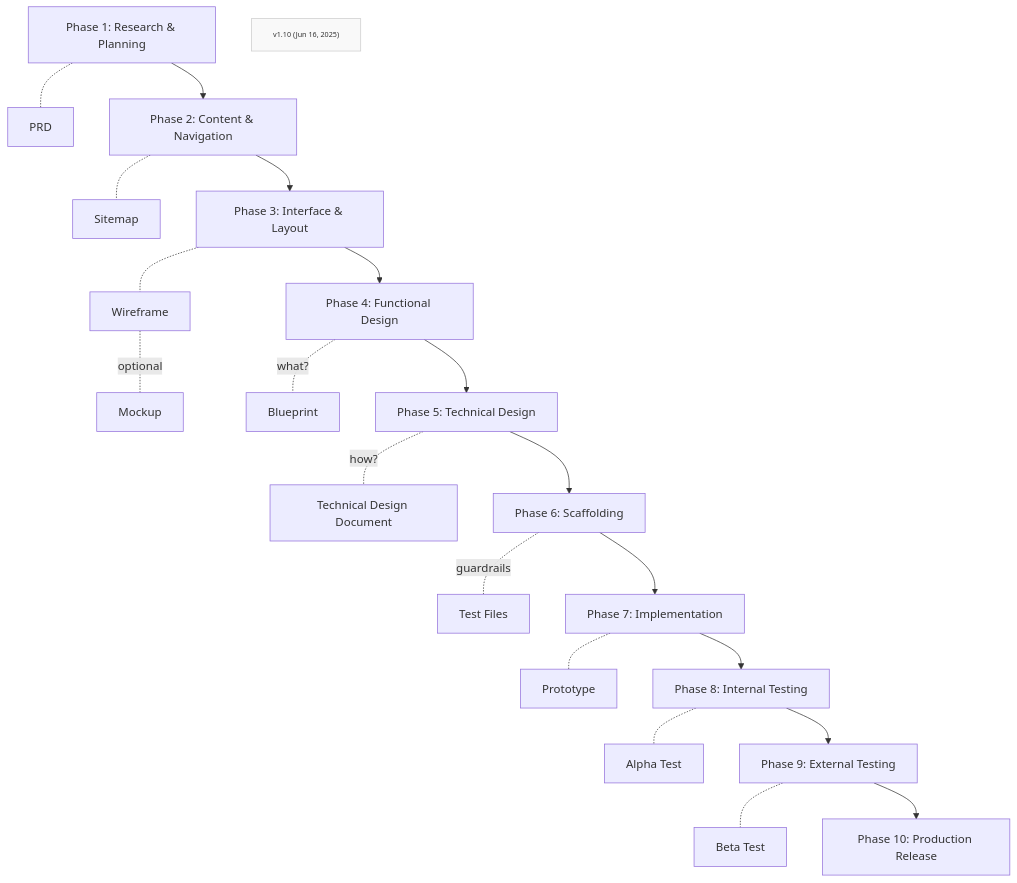
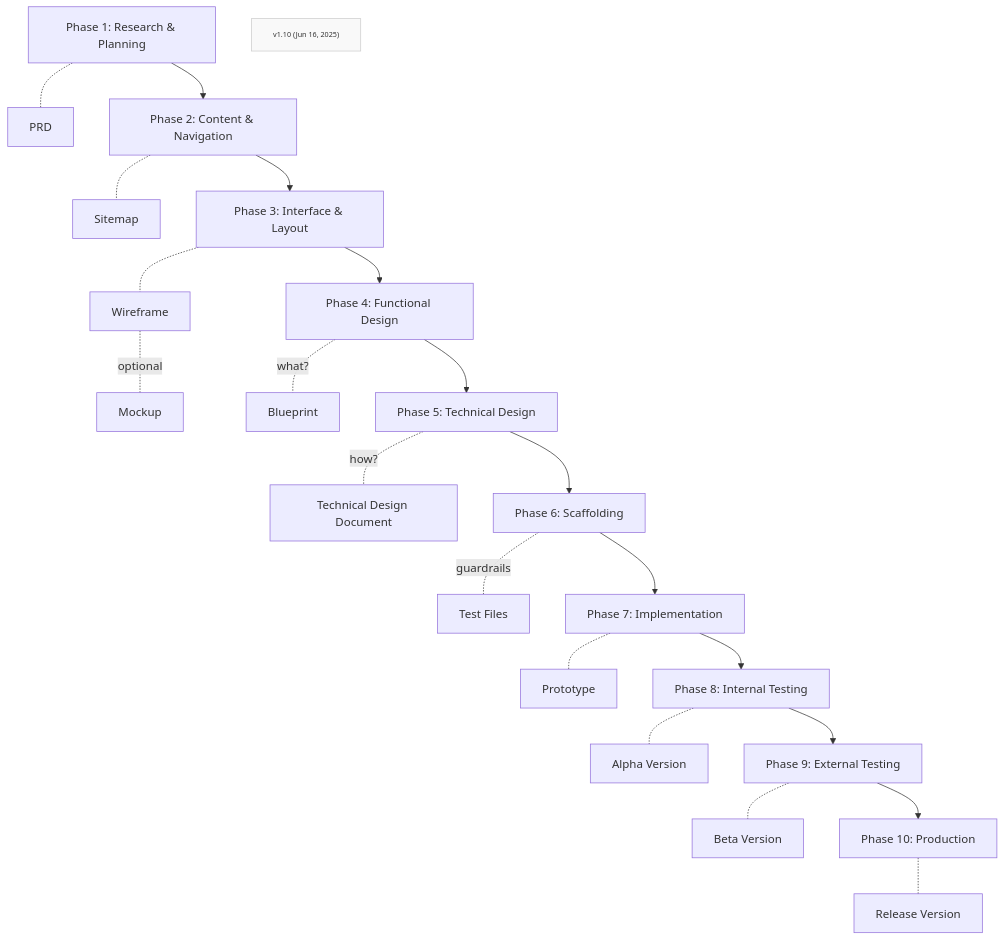
Before and after one commit to Mharbulous/Front-First-Method: the first of 2 diagrams in Phases/FF-overview.md, drawn with Mermaid.

````diff
--- a/Phases/FF-overview.md
+++ b/Phases/FF-overview.md
@@ -1,26 +1,27 @@
 ```mermaid
 graph TD
     Phase1["Phase 1: Research & Planning"] -.- PRD["PRD"]
     Phase1 --> Phase2["Phase 2: Content & Navigation"]
     Phase2 -.- Sitemap["Sitemap"]
     Phase2 --> Phase3["Phase 3: Interface & Layout"]
     Phase3 -.- Wireframe["Wireframe"]
     Wireframe -.- |optional|Mockup["Mockup"]
     Phase3 --> Phase4["Phase 4: Functional Design"]
     Phase4 -.- |what?|Blueprint["Blueprint"]
     Phase4 --> Phase5["Phase 5: Technical Design"]
     Phase5 -.- |how?|TechDesign["Technical Design Document"]
     Phase5 --> Phase6["Phase 6: Scaffolding"]
     Phase6 -.- |guardrails|Specs["Test Files"]
     Phase6 --> Phase7["Phase 7: Implementation"]
     Phase7 -.- Prototype["Prototype"]
     Phase7 --> Phase8["Phase 8: Internal Testing"]
-    Phase8 -.- Alpha["Alpha Test"]
+    Phase8 -.- Alpha["Alpha Version"]
     Phase8 --> Phase9["Phase 9: External Testing"]
-    Phase9 -.- Beta["Beta Test"]
-    Phase9 --> Phase10["Phase 10: Production Release"]
+    Phase9 -.- Beta["Beta Version"]
+    Phase9 --> Phase10["Phase 10: Production"]
+    Phase10 -.- Release["Release Version"]
 
     VersionInfo["v1.10 (Jun 16, 2025)"]
     classDef version fill:#f9f9f9,stroke:#ccc,font-size:10px;
     class VersionInfo version
 ```
````
